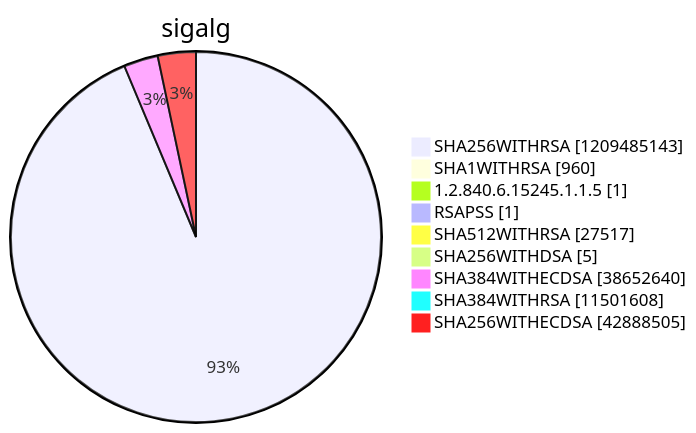
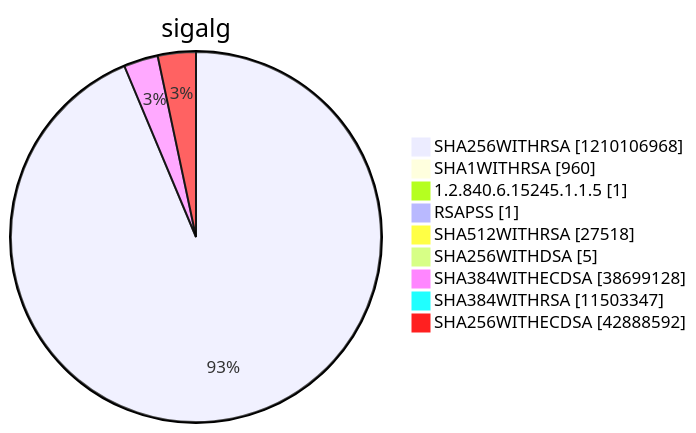
One commit to christiankrug/ctmonitor_visualization changed diagram 15 of 15 in argon2022/README.md. Above: the diagram before and after it, drawn with Mermaid. The commit also changed other lines of this file, not shown here.

````diff
--- a/argon2022/README.md
+++ b/argon2022/README.md
@@ -5520,13 +5520,13 @@
 ```mermaid
 pie showData
 title sigalg
-"SHA256WITHRSA" :1209485143
+"SHA256WITHRSA" :1210106968
 "SHA1WITHRSA" :960
 "1.2.840.6.15245.1.1.5" :1
 "RSAPSS" :1
-"SHA512WITHRSA" :27517
+"SHA512WITHRSA" :27518
 "SHA256WITHDSA" :5
-"SHA384WITHECDSA" :38652640
-"SHA384WITHRSA" :11501608
-"SHA256WITHECDSA" :42888505
+"SHA384WITHECDSA" :38699128
+"SHA384WITHRSA" :11503347
+"SHA256WITHECDSA" :42888592
 ```
````
